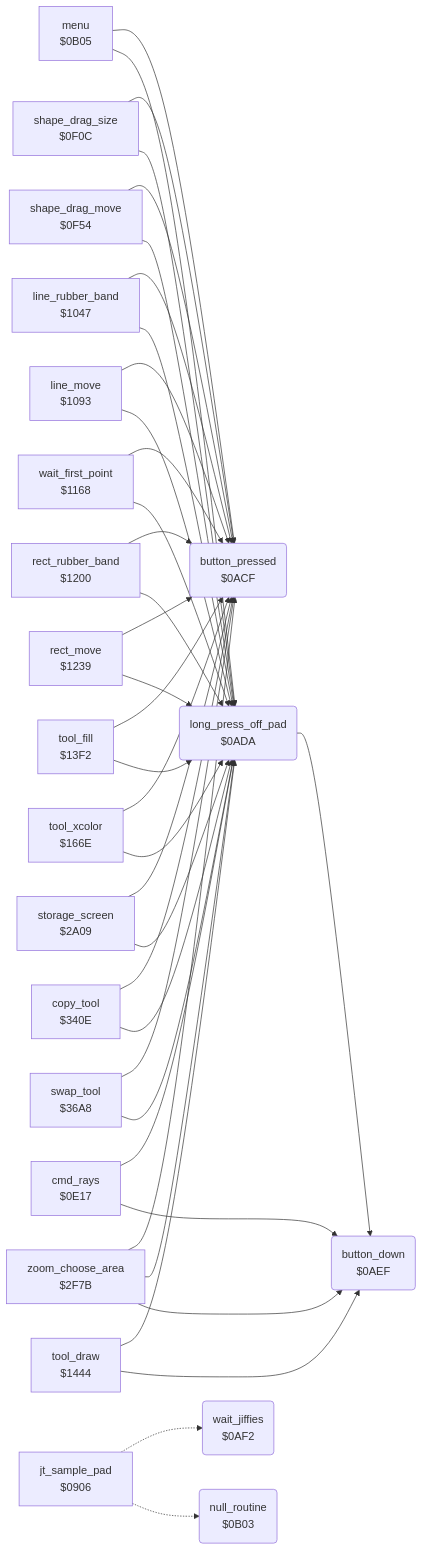
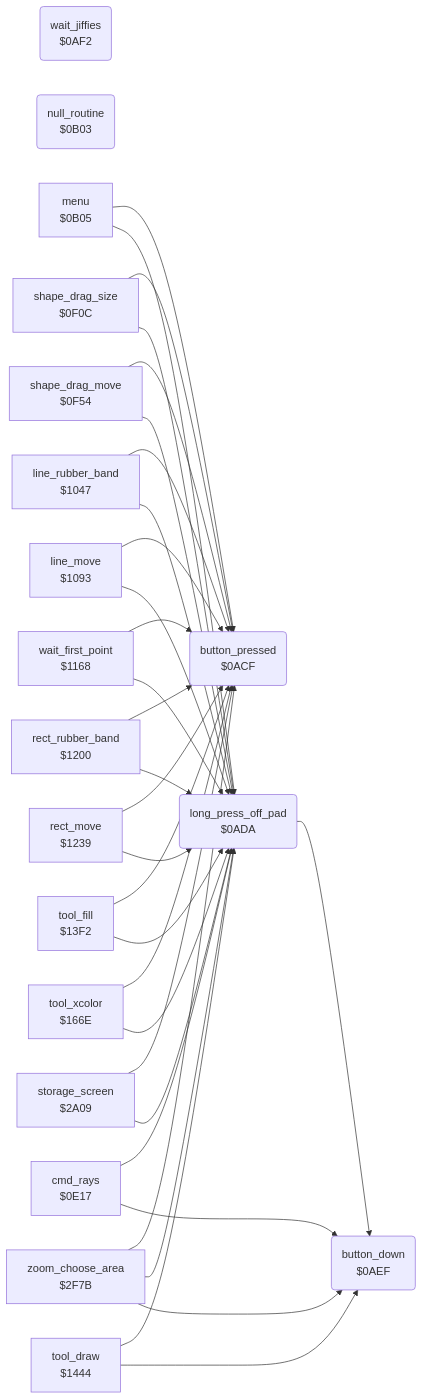
One commit to henols/c64_games changed the diagram in koala_painter/v2/docs/reference/modules/input/buttons.md. Above: the diagram before and after it, drawn with Mermaid. The commit also changed other lines of this file and 1100 other files, not shown here.

````diff
--- a/koala_painter/v2/docs/reference/modules/input/buttons.md
+++ b/koala_painter/v2/docs/reference/modules/input/buttons.md
@@ -10,61 +28,52 @@
 ```mermaid
 flowchart LR
-  n0906["jt_sample_pad<br/>$0906"]
   n0acf("button_pressed<br/>$0ACF")
   n0ada("long_press_off_pad<br/>$0ADA")
   n0aef("button_down<br/>$0AEF")
   n0af2("wait_jiffies<br/>$0AF2")
   n0b03("null_routine<br/>$0B03")
   n0b05["menu<br/>$0B05"]
   n0e17["cmd_rays<br/>$0E17"]
   n0f0c["shape_drag_size<br/>$0F0C"]
   n0f54["shape_drag_move<br/>$0F54"]
   n1047["line_rubber_band<br/>$1047"]
   n1093["line_move<br/>$1093"]
   n1168["wait_first_point<br/>$1168"]
   n1200["rect_rubber_band<br/>$1200"]
   n1239["rect_move<br/>$1239"]
   n13f2["tool_fill<br/>$13F2"]
   n1444["tool_draw<br/>$1444"]
   n166e["tool_xcolor<br/>$166E"]
   n2a09["storage_screen<br/>$2A09"]
   n2f7b["zoom_choose_area<br/>$2F7B"]
-  n340e["copy_tool<br/>$340E"]
-  n36a8["swap_tool<br/>$36A8"]
-  n0906 -.-> n0af2
-  n0906 -.-> n0b03
   n0ada --> n0aef
   n0b05 --> n0acf
   n0b05 --> n0ada
   n0e17 --> n0ada
   n0e17 --> n0aef
   n0f0c --> n0acf
   n0f0c --> n0ada
   n0f54 --> n0acf
   n0f54 --> n0ada
   n1047 --> n0acf
   n1047 --> n0ada
   n1093 --> n0acf
   n1093 --> n0ada
   n1168 --> n0acf
   n1168 --> n0ada
   n1200 --> n0acf
   n1200 --> n0ada
   n1239 --> n0acf
   n1239 --> n0ada
   n13f2 --> n0acf
   n13f2 --> n0ada
   n1444 --> n0ada
   n1444 --> n0aef
   n166e --> n0acf
   n166e --> n0ada
   n2a09 --> n0acf
   n2a09 --> n0ada
   n2f7b --> n0acf
   n2f7b --> n0ada
   n2f7b --> n0aef
-  n340e --> n0acf
-  n340e --> n0ada
-  n36a8 --> n0acf
-  n36a8 --> n0ada
 ```
````
